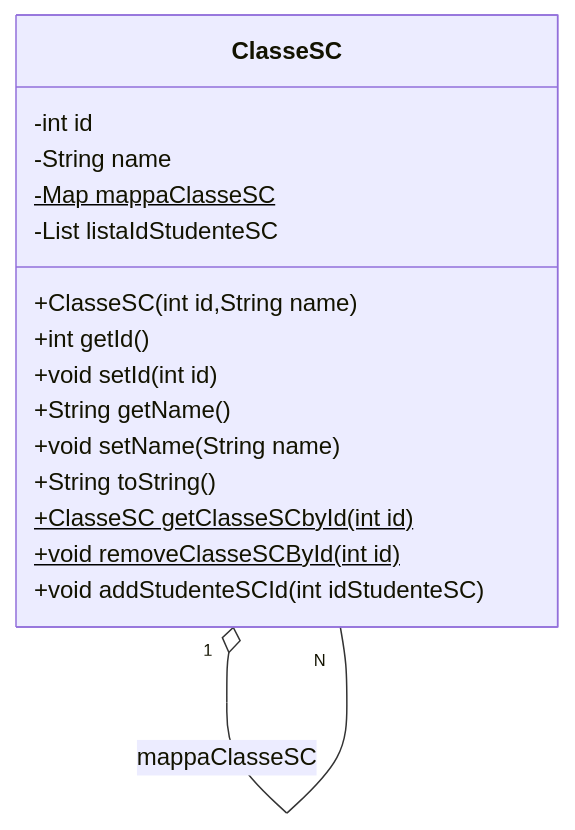
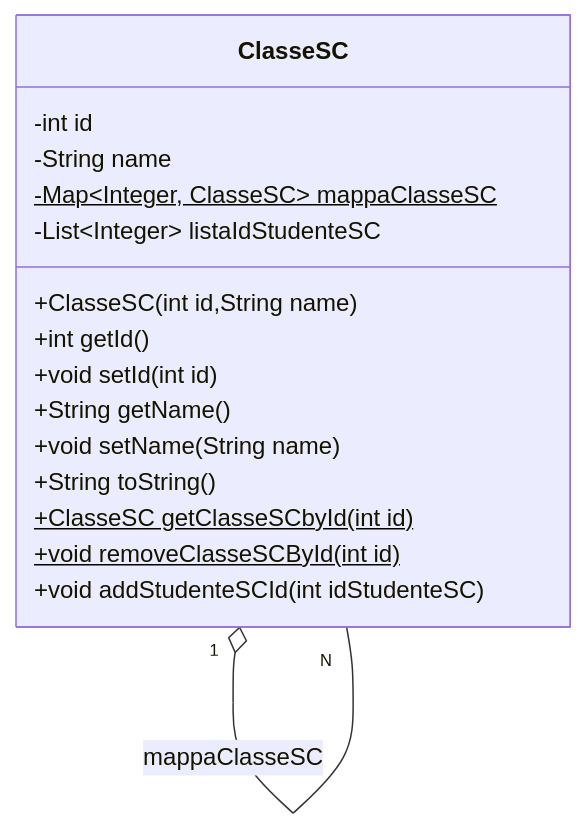
Before and after one commit to ApreaMarco/ListHashMapInstances: the third of 4 diagrams in README.MD, drawn with Mermaid. The commit also changed other lines of this file, not shown here.

````diff
--- a/README.MD
+++ b/README.MD
@@ -34,19 +34,19 @@
 ```mermaid
 classDiagram
 class ClasseSC {
     -int id
     -String name
-    -Map<Integer, ClasseSC> mappaClasseSC$
-    -List<Integer> listaIdStudenteSC
+    -Map~Integer, ClasseSC~ mappaClasseSC$
+    -List~Integer~ listaIdStudenteSC
     +ClasseSC(int id,String name)
     +int getId()
     +void setId(int id)
     +String getName()
     +void setName(String name)
     +String toString()
     +ClasseSC getClasseSCbyId(int id)$
     +void removeClasseSCById(int id)$
     +void addStudenteSCId(int idStudenteSC)
 }
 ClasseSC "1" o-- "N" ClasseSC : mappaClasseSC
 ```
````
